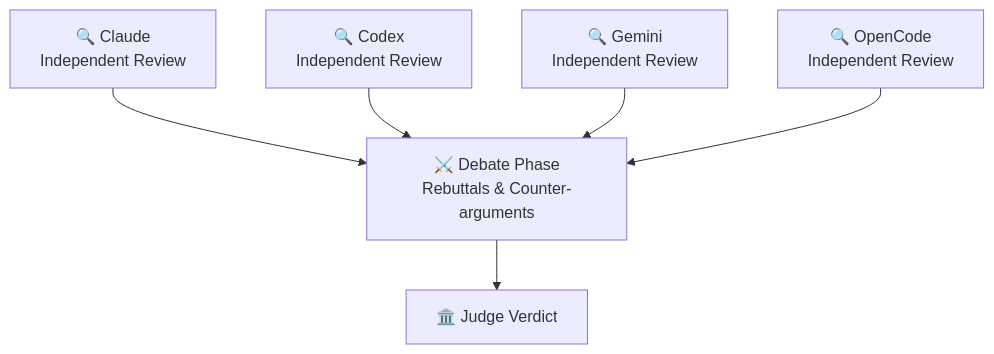
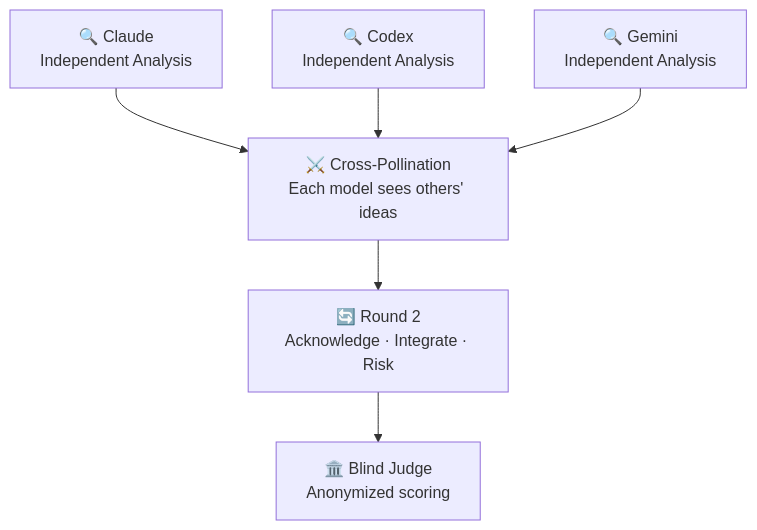
Before and after one commit to taehyeon0412/autopus-adk: the third of 7 diagrams in README.md, drawn with Mermaid. The commit also changed other lines of this file, not shown here.

````diff
--- a/README.md
+++ b/README.md
@@ -205,8 +208,8 @@
 ```mermaid
 flowchart TB
-    C["🔍 Claude\nIndependent Review"] --> D["⚔️ Debate Phase\nRebuttals & Counter-arguments"]
-    X["🔍 Codex\nIndependent Review"] --> D
-    G["🔍 Gemini\nIndependent Review"] --> D
-    O["🔍 OpenCode\nIndependent Review"] --> D
-    D --> J["🏛️ Judge Verdict"]
+    C["🔍 Claude\nIndependent Analysis"] --> D["⚔️ Cross-Pollination\nEach model sees others' ideas"]
+    X["🔍 Codex\nIndependent Analysis"] --> D
+    G["🔍 Gemini\nIndependent Analysis"] --> D
+    D --> R["🔄 Round 2\nAcknowledge · Integrate · Risk"]
+    R --> J["🏛️ Blind Judge\nAnonymized scoring"]
 ```
````
